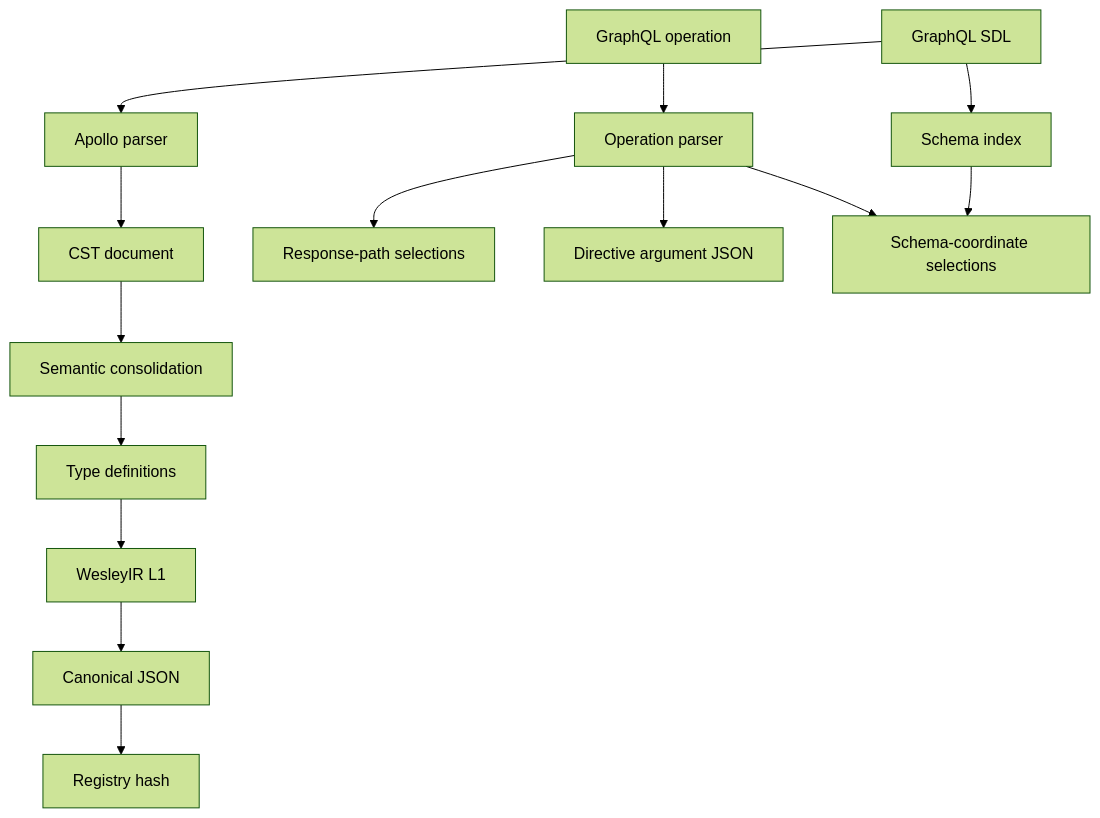
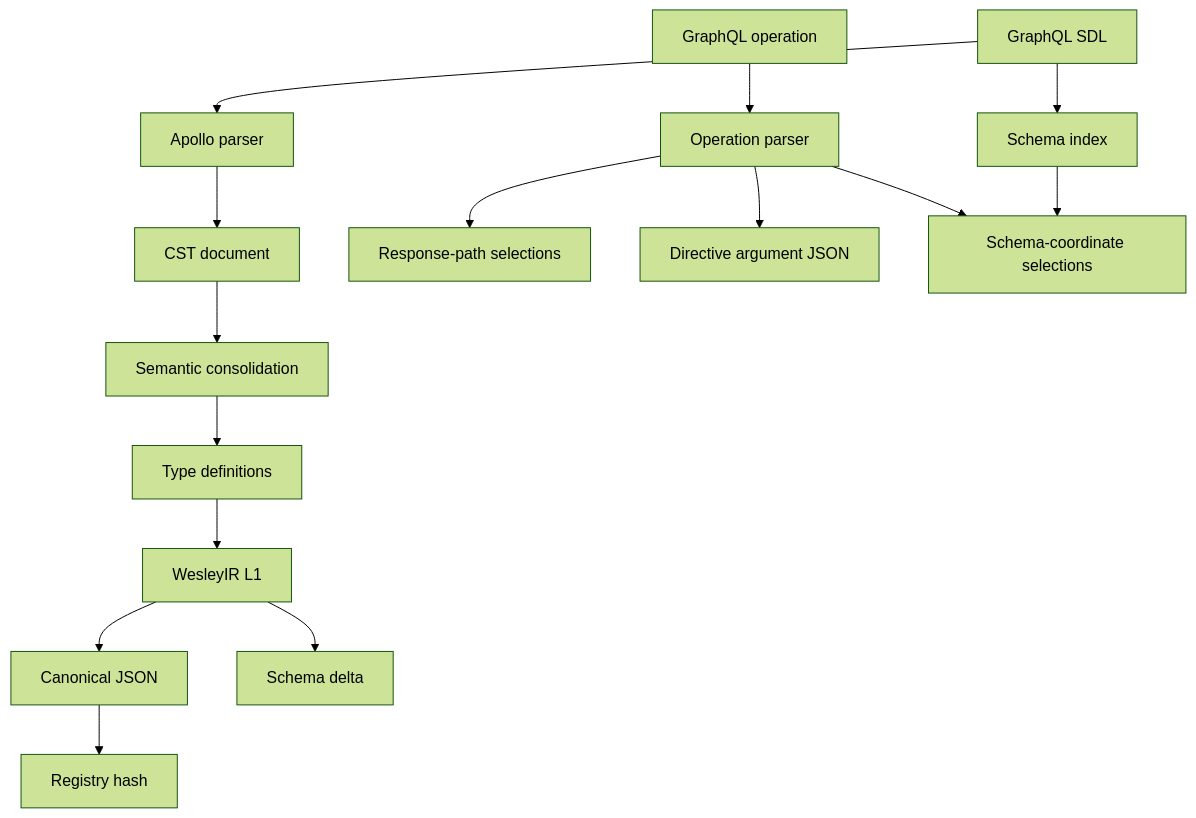
Before and after one commit to flyingrobots/wesley: the second of 9 diagrams in docs/ARCHITECTURE.md, drawn with Mermaid (forest theme). The commit also changed other lines of this file and 12 other files, not shown here.

Commit message:
feat(cli-rs): add native schema diff

````diff
--- a/docs/ARCHITECTURE.md
+++ b/docs/ARCHITECTURE.md
@@ -161,17 +163,18 @@
 ```mermaid
 flowchart TD
     SDL[GraphQL SDL] --> Apollo[Apollo parser]
     Apollo --> CST[CST document]
     CST --> Consolidation[Semantic consolidation]
     Consolidation --> Types[Type definitions]
     Types --> IR[WesleyIR L1]
     IR --> Canonical[Canonical JSON]
     Canonical --> Hash[Registry hash]
+    IR --> Delta[Schema delta]
 
     OP[GraphQL operation] --> OpParse[Operation parser]
     OpParse --> Selections[Response-path selections]
     OpParse --> Directives[Directive argument JSON]
     SDL --> SchemaIndex[Schema index]
     SchemaIndex --> Coordinates[Schema-coordinate selections]
     OpParse --> Coordinates
 ```
````
